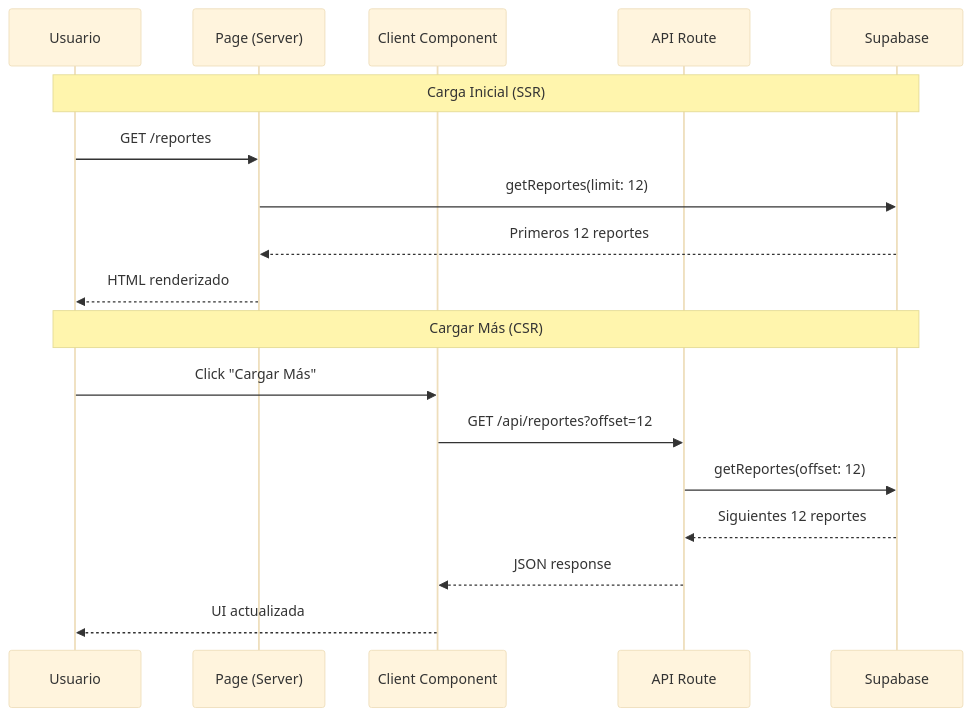
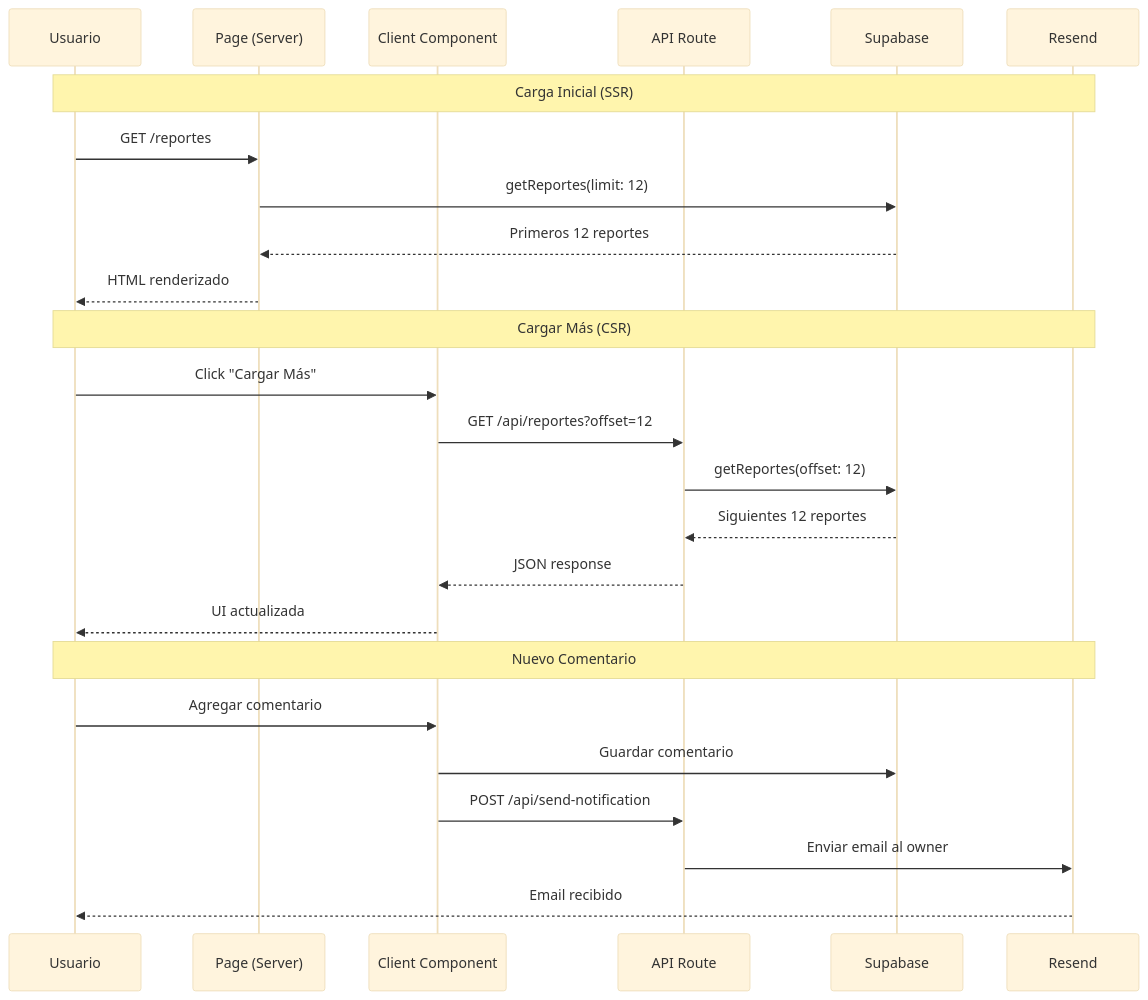
One commit to Facudominguez7/JackeMate changed the second of 2 diagrams in README.md. Above: the diagram before and after it, drawn with Mermaid (base theme). The commit also changed other lines of this file, not shown here.

````diff
--- a/README.md
+++ b/README.md
@@ -107,22 +129,30 @@
 ```mermaid
 sequenceDiagram
     participant U as Usuario
     participant P as Page (Server)
     participant C as Client Component
     participant A as API Route
     participant S as Supabase
+    participant R as Resend
 
-    Note over U,S: Carga Inicial (SSR)
+    Note over U,R: Carga Inicial (SSR)
     U->>P: GET /reportes
     P->>S: getReportes(limit: 12)
     S-->>P: Primeros 12 reportes
     P-->>U: HTML renderizado
 
-    Note over U,S: Cargar Más (CSR)
+    Note over U,R: Cargar Más (CSR)
     U->>C: Click "Cargar Más"
     C->>A: GET /api/reportes?offset=12
     A->>S: getReportes(offset: 12)
     S-->>A: Siguientes 12 reportes
     A-->>C: JSON response
     C-->>U: UI actualizada
+
+    Note over U,R: Nuevo Comentario
+    U->>C: Agregar comentario
+    C->>S: Guardar comentario
+    C->>A: POST /api/send-notification
+    A->>R: Enviar email al owner
+    R-->>U: Email recibido
 ```
````
